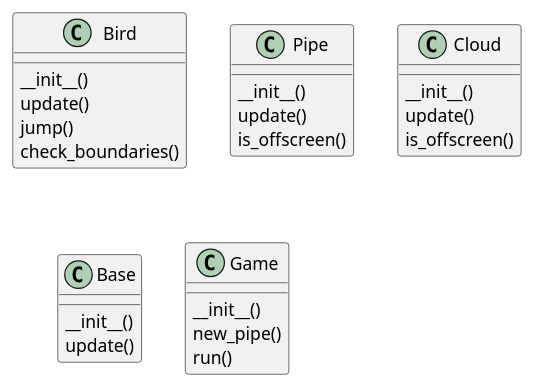
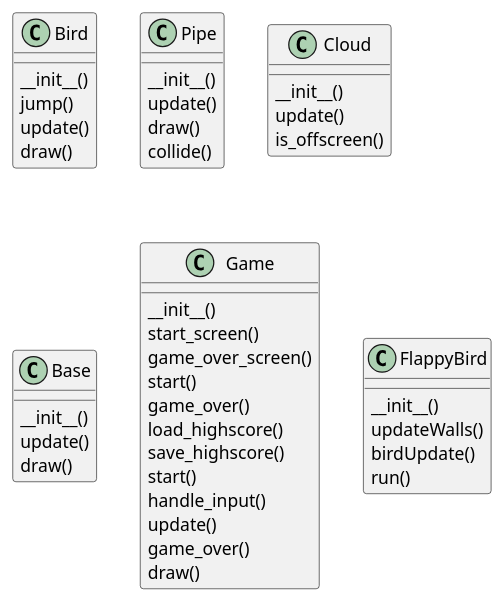
Before and after one commit to margauxmillour/ChatGPT: the diagram in Flappy Bird/class_diagram.puml, drawn with PlantUML. The commit also changed 18 other files, not shown here.

```diff
--- a/Flappy Bird/class_diagram.puml
+++ b/Flappy Bird/class_diagram.puml
@@ -1,27 +1,44 @@
 @startuml
 class Bird {
   __init__()
+  jump()
   update()
-  jump()
-  check_boundaries()
+  draw()
 }
 class Pipe {
   __init__()
   update()
-  is_offscreen()
+  draw()
+  collide()
 }
 class Cloud {
   __init__()
   update()
   is_offscreen()
 }
 class Base {
   __init__()
   update()
+  draw()
 }
 class Game {
   __init__()
-  new_pipe()
+  start_screen()
+  game_over_screen()
+  start()
+  game_over()
+  load_highscore()
+  save_highscore()
+  start()
+  handle_input()
+  update()
+  game_over()
+  draw()
+}
+class FlappyBird {
+  __init__()
+  updateWalls()
+  birdUpdate()
   run()
 }
 @enduml
```
